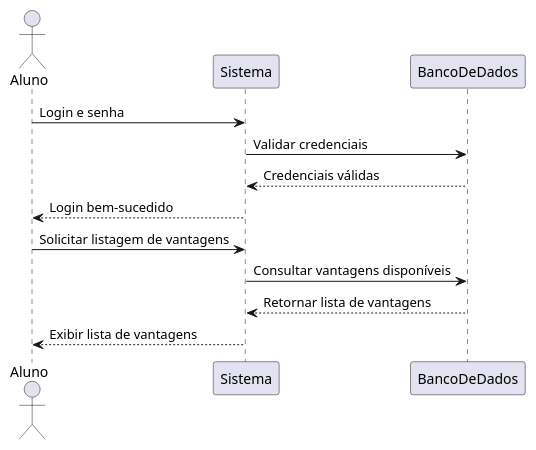
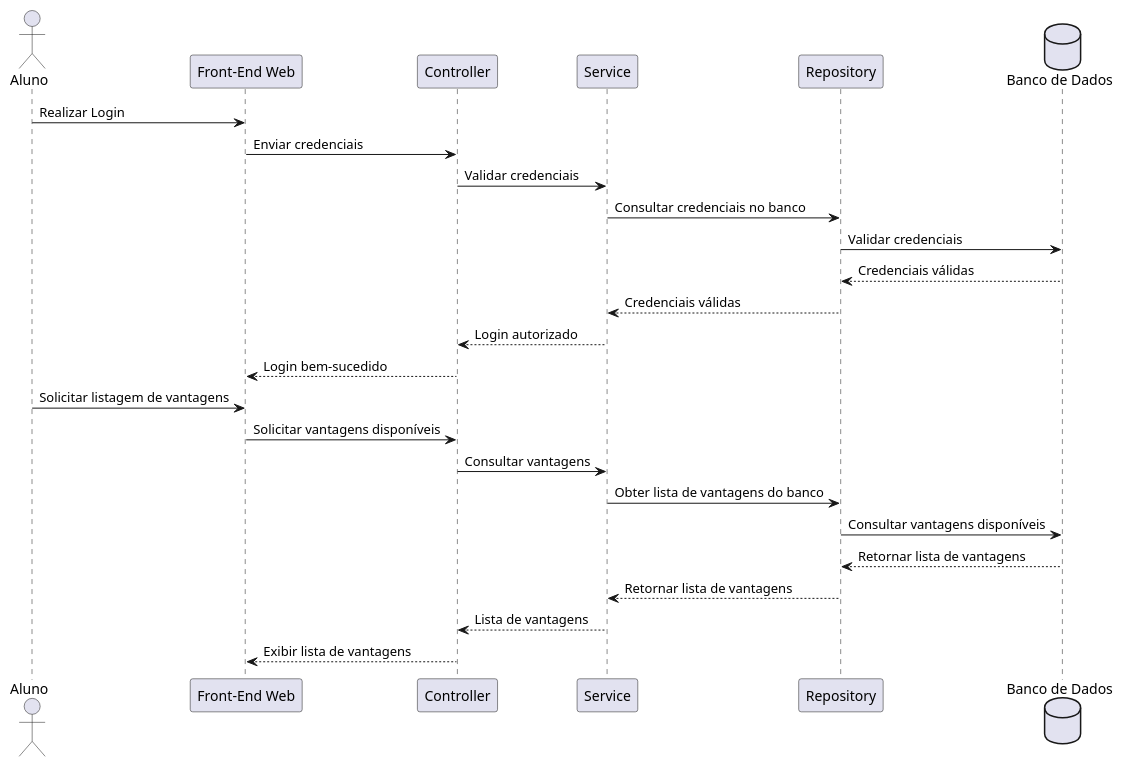
Before and after one commit to pedromaximocampos/LAB_03: the diagram in projeto/diagramaDeSequenciaListagemVantagem.puml, drawn with PlantUML. The commit also changed 1 other file, not shown here.

Commit message:
Diagrama de sequencias atualizados

```diff
--- a/projeto/diagramaDeSequenciaListagemVantagem.puml
+++ b/projeto/diagramaDeSequenciaListagemVantagem.puml
@@ -1,15 +1,28 @@
 @startuml
 actor Aluno
-participant Sistema
-participant BancoDeDados
+participant "Front-End Web" as FrontEnd
+participant "Controller" as Controller
+participant "Service" as Service
+participant "Repository" as Repository
+database "Banco de Dados" as DB
 
-Aluno -> Sistema: Login e senha
-Sistema -> BancoDeDados: Validar credenciais
-BancoDeDados --> Sistema: Credenciais válidas
-Sistema --> Aluno: Login bem-sucedido
+Aluno -> FrontEnd: Realizar Login
+FrontEnd -> Controller: Enviar credenciais
+Controller -> Service: Validar credenciais
+Service -> Repository: Consultar credenciais no banco
+Repository -> DB: Validar credenciais
+DB --> Repository: Credenciais válidas
+Repository --> Service: Credenciais válidas
+Service --> Controller: Login autorizado
+Controller --> FrontEnd: Login bem-sucedido
 
-Aluno -> Sistema: Solicitar listagem de vantagens
-Sistema -> BancoDeDados: Consultar vantagens disponíveis
-BancoDeDados --> Sistema: Retornar lista de vantagens
-Sistema --> Aluno: Exibir lista de vantagens
+Aluno -> FrontEnd: Solicitar listagem de vantagens
+FrontEnd -> Controller: Solicitar vantagens disponíveis
+Controller -> Service: Consultar vantagens
+Service -> Repository: Obter lista de vantagens do banco
+Repository -> DB: Consultar vantagens disponíveis
+DB --> Repository: Retornar lista de vantagens
+Repository --> Service: Retornar lista de vantagens
+Service --> Controller: Lista de vantagens
+Controller --> FrontEnd: Exibir lista de vantagens
 @enduml
```
